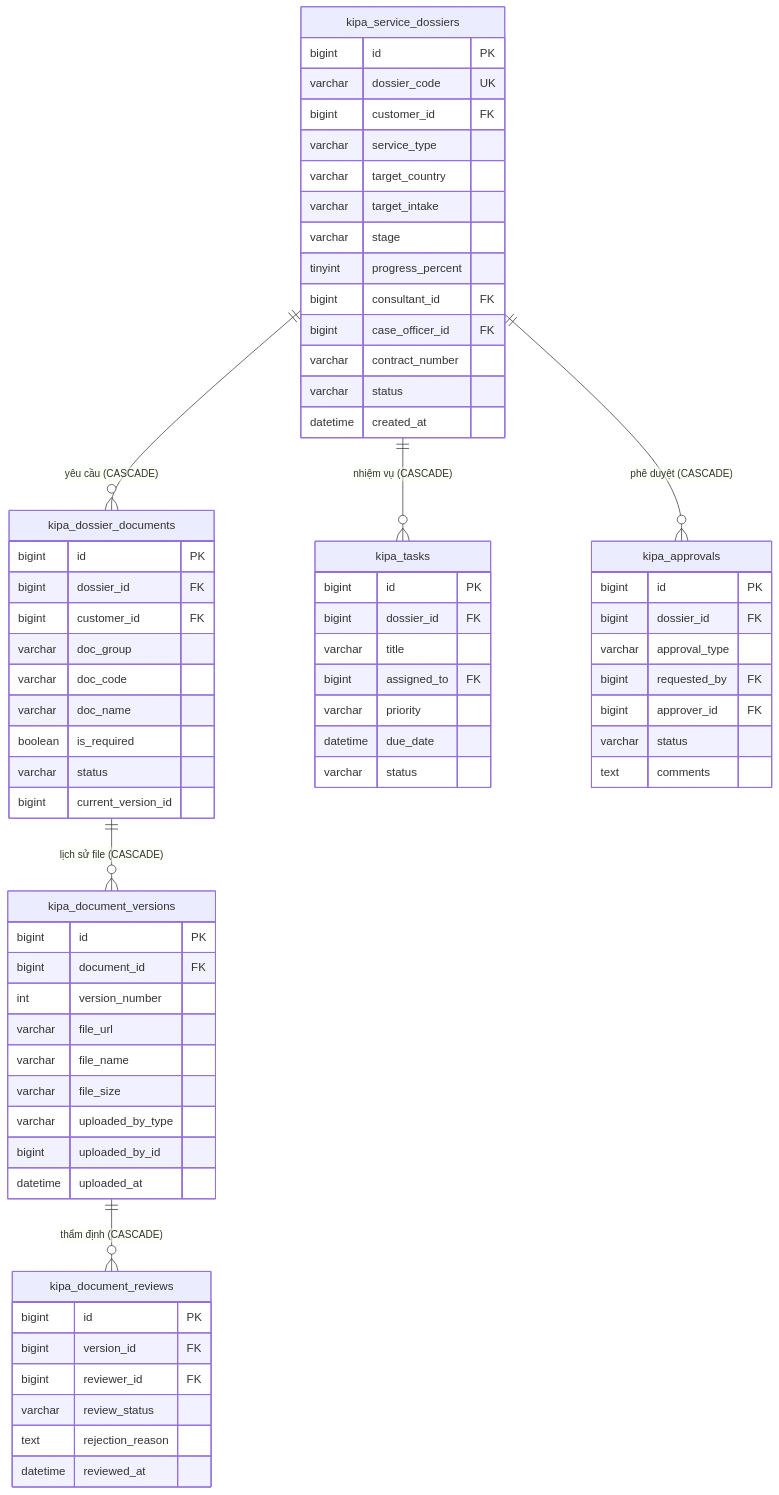
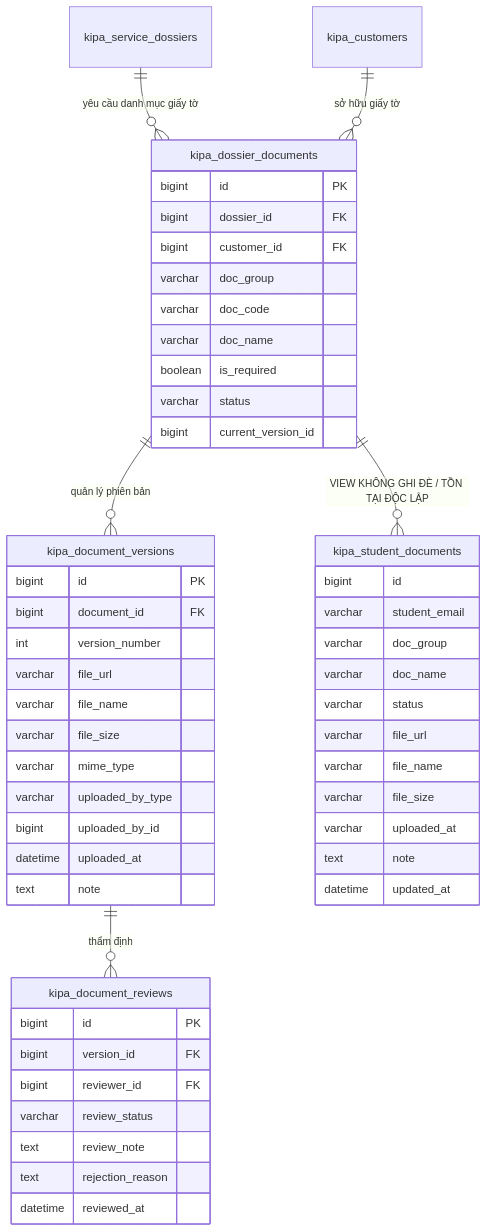
One commit to sugar4120/Web-KIPA changed the fourth of 4 diagrams in DATABASE_RELATIONSHIP_MAP.md. Above: the diagram before and after it, drawn with Mermaid. The commit also changed other lines of this file and 10 other files, not shown here.

````diff
--- a/DATABASE_RELATIONSHIP_MAP.md
+++ b/DATABASE_RELATIONSHIP_MAP.md
@@ -139,77 +265,59 @@
 ```mermaid
 erDiagram
-    kipa_service_dossiers {
-        bigint id PK
-        varchar dossier_code UK
-        bigint customer_id FK
-        varchar service_type
-        varchar target_country
-        varchar target_intake
-        varchar stage
-        tinyint progress_percent
-        bigint consultant_id FK
-        bigint case_officer_id FK
-        varchar contract_number
-        varchar status
-        datetime created_at
-    }
+    kipa_service_dossiers ||--o{ kipa_dossier_documents : "yêu cầu danh mục giấy tờ"
+    kipa_customers ||--o{ kipa_dossier_documents : "sở hữu giấy tờ"
 
     kipa_dossier_documents {
         bigint id PK
         bigint dossier_id FK
         bigint customer_id FK
         varchar doc_group
         varchar doc_code
         varchar doc_name
         boolean is_required
         varchar status
         bigint current_version_id
     }
 
     kipa_document_versions {
         bigint id PK
         bigint document_id FK
         int version_number
         varchar file_url
         varchar file_name
         varchar file_size
+        varchar mime_type
         varchar uploaded_by_type
         bigint uploaded_by_id
         datetime uploaded_at
+        text note
     }
 
     kipa_document_reviews {
         bigint id PK
         bigint version_id FK
         bigint reviewer_id FK
         varchar review_status
+        text review_note
         text rejection_reason
         datetime reviewed_at
     }
 
-    kipa_tasks {
-        bigint id PK
-        bigint dossier_id FK
-        varchar title
-        bigint assigned_to FK
-        varchar priority
-        datetime due_date
+    kipa_student_documents {
+        bigint id
+        varchar student_email
+        varchar doc_group
+        varchar doc_name
         varchar status
+        varchar file_url
+        varchar file_name
+        varchar file_size
+        varchar uploaded_at
+        text note
+        datetime updated_at
     }
 
-    kipa_approvals {
-        bigint id PK
-        bigint dossier_id FK
-        varchar approval_type
-        bigint requested_by FK
-        bigint approver_id FK
-        varchar status
-        text comments
-    }
-
-    kipa_service_dossiers ||--o{ kipa_dossier_documents : "yêu cầu (CASCADE)"
-    kipa_dossier_documents ||--o{ kipa_document_versions : "lịch sử file (CASCADE)"
-    kipa_document_versions ||--o{ kipa_document_reviews : "thẩm định (CASCADE)"
-    kipa_service_dossiers ||--o{ kipa_tasks : "nhiệm vụ (CASCADE)"
-    kipa_service_dossiers ||--o{ kipa_approvals : "phê duyệt (CASCADE)"
+    kipa_dossier_documents ||--o{ kipa_document_versions : "quản lý phiên bản"
+    kipa_document_versions ||--o{ kipa_document_reviews : "thẩm định"
+    kipa_dossier_documents ||--o{ kipa_student_documents : "VIEW KHÔNG GHI ĐÈ / TỒN TẠI ĐỘC LẬP"
 ```
````
